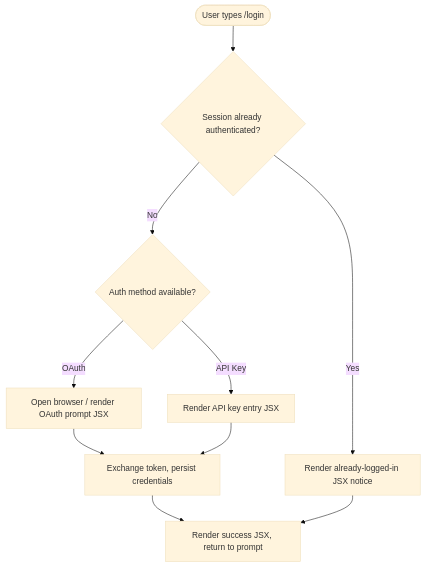
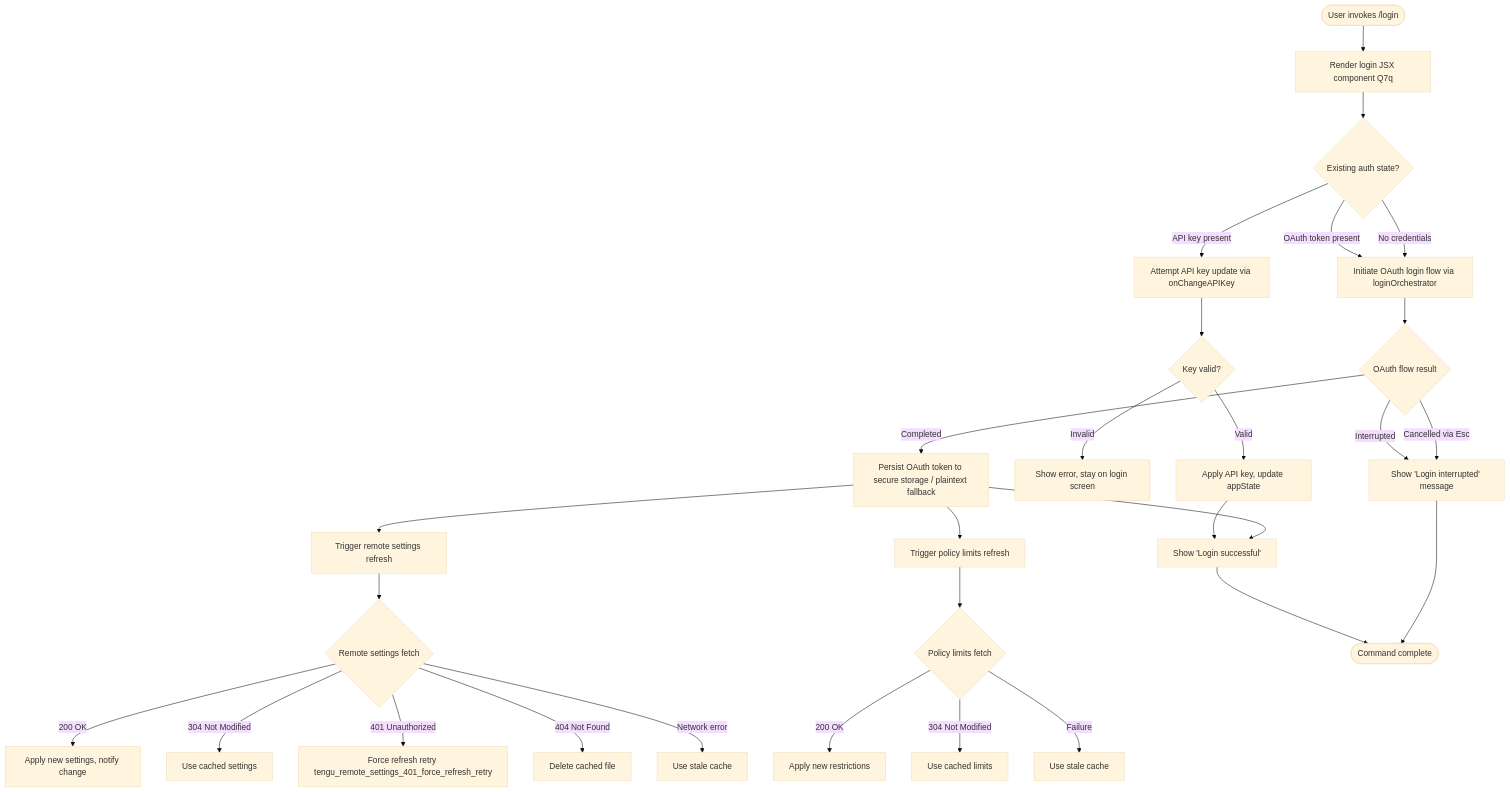
Before and after one commit to MyLittleLuckyDog/cc-gnothi: the diagram in versions/v2.1.141/login.md, drawn with Mermaid (base theme). The commit also changed other lines of this file and 483 other files, not shown here.

````diff
--- a/versions/v2.1.141/login.md
+++ b/versions/v2.1.141/login.md
@@ -53,12 +54,36 @@
 ```mermaid
 flowchart TD
-    A([User types /login]) --> B{Session already authenticated?}
-    B -- Yes --> C[Render already-logged-in JSX notice]
-    B -- No --> D{Auth method available?}
-    D -- OAuth --> E[Open browser / render OAuth prompt JSX]
-    D -- API Key --> F[Render API key entry JSX]
-    E --> G[Exchange token, persist credentials]
-    F --> G
-    G --> H[Render success JSX, return to prompt]
-    C --> H
+    A([User invokes /login]) --> B[Render login JSX component Q7q]
+    B --> C{Existing auth state?}
+    C -- API key present --> D[Attempt API key update via onChangeAPIKey]
+    C -- OAuth token present --> E[Initiate OAuth login flow via loginOrchestrator]
+    C -- No credentials --> E
+
+    D --> F{Key valid?}
+    F -- Valid --> G[Apply API key, update appState]
+    F -- Invalid --> H[Show error, stay on login screen]
+
+    E --> I{OAuth flow result}
+    I -- Completed --> J[Persist OAuth token to secure storage / plaintext fallback]
+    I -- Interrupted --> K[Show 'Login interrupted' message]
+    I -- Cancelled via Esc --> K
+
+    J --> L[Trigger remote settings refresh]
+    J --> M[Trigger policy limits refresh]
+    L --> N{Remote settings fetch}
+    N -- 200 OK --> O[Apply new settings, notify change]
+    N -- 304 Not Modified --> P[Use cached settings]
+    N -- 401 Unauthorized --> Q[Force refresh retry tengu_remote_settings_401_force_refresh_retry]
+    N -- 404 Not Found --> R[Delete cached file]
+    N -- Network error --> S[Use stale cache]
+
+    M --> T{Policy limits fetch}
+    T -- 200 OK --> U[Apply new restrictions]
+    T -- 304 Not Modified --> V[Use cached limits]
+    T -- Failure --> W[Use stale cache]
+
+    G --> X[Show 'Login successful']
+    J --> X
+    X --> Y([Command complete])
+    K --> Y
 ```
````
